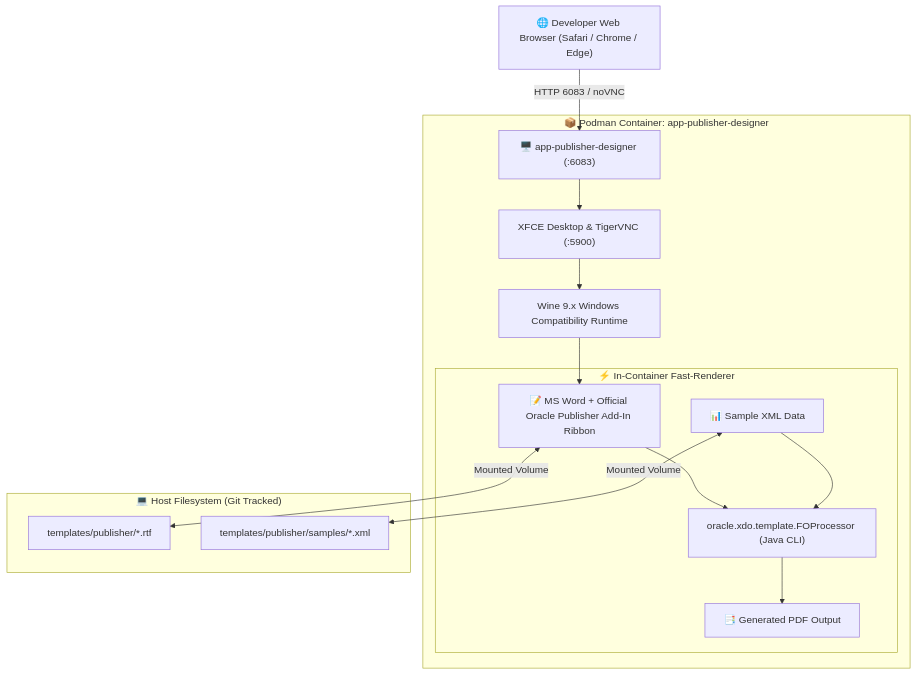
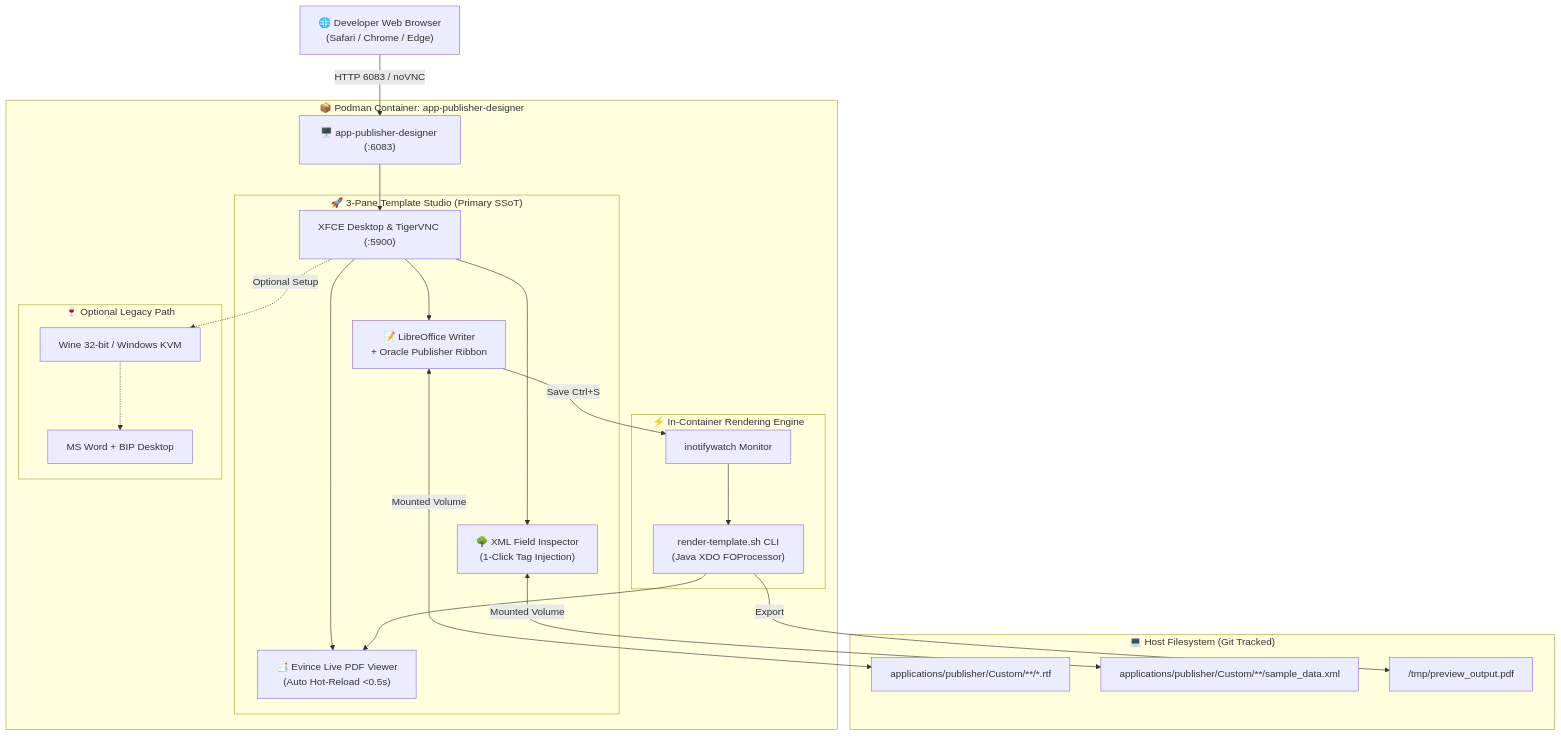
Before and after one commit to alahe/oracle-devops-platform: the first of 3 diagrams in docs/publisher-template-builder-guide.md, drawn with Mermaid. The commit also changed other lines of this file and 412 other files, not shown here.

````diff
--- a/docs/publisher-template-builder-guide.md
+++ b/docs/publisher-template-builder-guide.md
@@ -27,21 +30,31 @@
 ```mermaid
 flowchart TD
-    Browser["🌐 Developer Web Browser (Safari / Chrome / Edge)"] -->|HTTP 6083 / noVNC| VNC["🖥️ app-publisher-designer (:6083)"]
+    Browser["🌐 Developer Web Browser<br/>(Safari / Chrome / Edge)"] -->|HTTP 6083 / noVNC| VNC["🖥️ app-publisher-designer (:6083)"]
     
     subgraph Container ["📦 Podman Container: app-publisher-designer"]
         VNC --> XFCE["XFCE Desktop & TigerVNC (:5900)"]
-        XFCE --> WINE["Wine 9.x Windows Compatibility Runtime"]
-        WINE --> WORD["📝 MS Word + Official Oracle Publisher Add-In Ribbon"]
         
-        subgraph XDOEngine ["⚡ In-Container Fast-Renderer"]
-            WORD --> FO["oracle.xdo.template.FOProcessor (Java CLI)"]
-            XML["📊 Sample XML Data"] --> FO
-            FO --> PDF["📑 Generated PDF Output"]
+        subgraph Studio ["🚀 3-Pane Template Studio (Primary SSoT)"]
+            XFCE --> LOW["📝 LibreOffice Writer<br/>+ Oracle Publisher Ribbon"]
+            XFCE --> INSP["🌳 XML Field Inspector<br/>(1-Click Tag Injection)"]
+            XFCE --> EVINCE["📑 Evince Live PDF Viewer<br/>(Auto Hot-Reload <0.5s)"]
+        end
+        
+        subgraph XDOEngine ["⚡ In-Container Rendering Engine"]
+            LOW -->|Save Ctrl+S| INOTIFY["inotifywatch Monitor"]
+            INOTIFY --> RENDER["render-template.sh CLI<br/>(Java XDO FOProcessor)"]
+            RENDER --> EVINCE
+        end
+
+        subgraph OptionalWine ["🍷 Optional Legacy Path"]
+            XFCE -.->|Optional Setup| WINE["Wine 32-bit / Windows KVM"]
+            WINE -.-> WORD["MS Word + BIP Desktop"]
         end
     end
 
     subgraph Host ["💻 Host Filesystem (Git Tracked)"]
-        WORD <-->|Mounted Volume| RTF["templates/publisher/*.rtf"]
-        XML <-->|Mounted Volume| DATA["templates/publisher/samples/*.xml"]
+        LOW <-->|Mounted Volume| RTF["applications/publisher/Custom/**/*.rtf"]
+        INSP <-->|Mounted Volume| DATA["applications/publisher/Custom/**/sample_data.xml"]
+        RENDER -->|Export| OUT["/tmp/preview_output.pdf"]
     end
 ```
````
